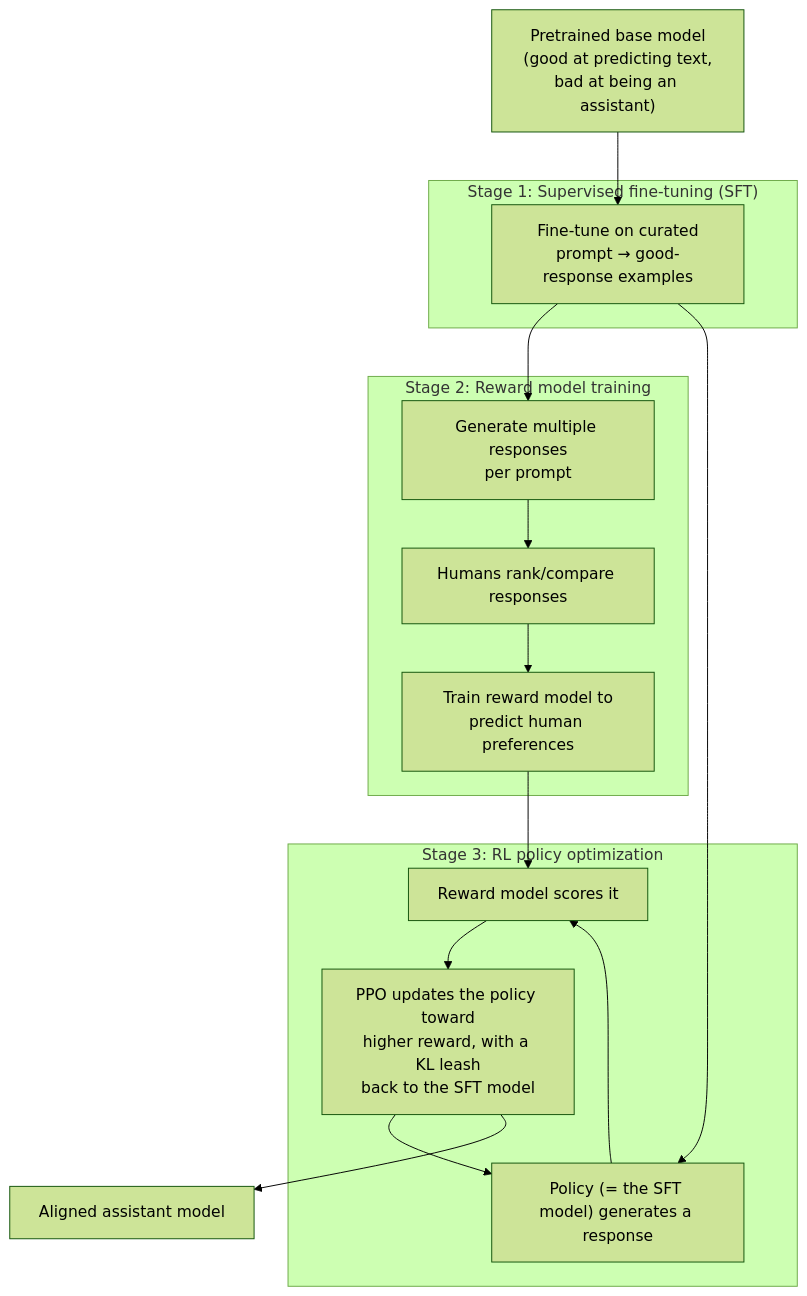
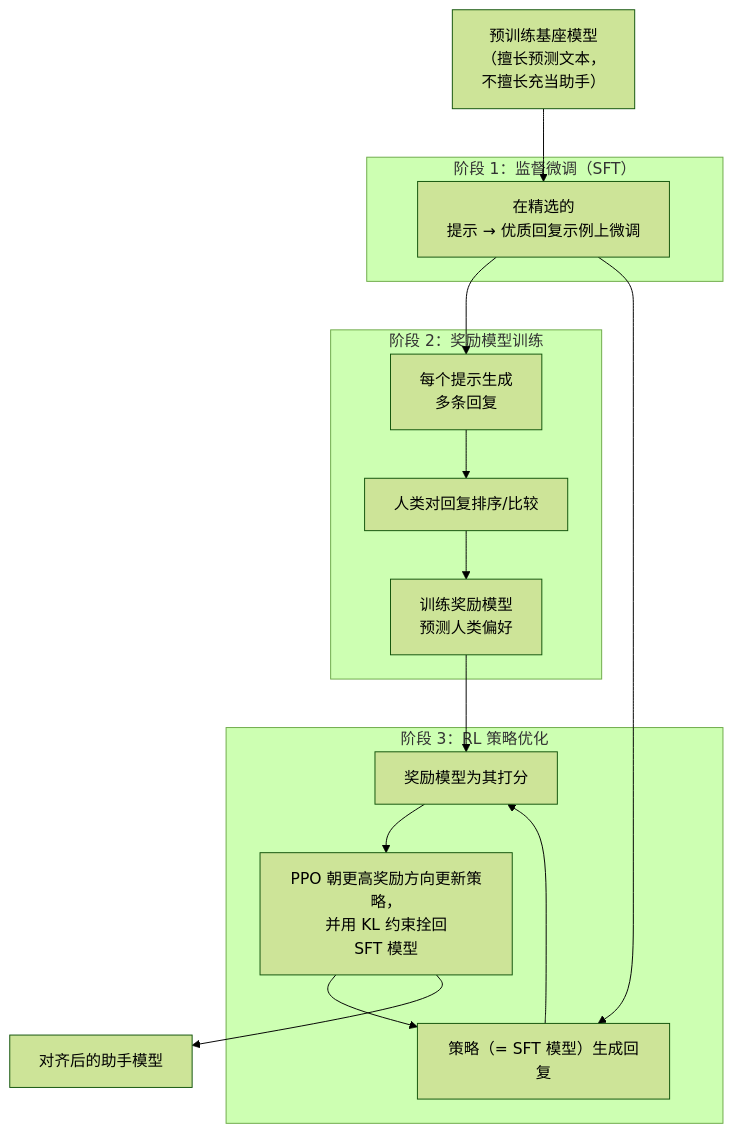
Before and after one commit to FrankHuang94/ML_AI_Algorithm_Calude_Sonet_5: the diagram in 11 Chinese translation/docs/05-training-methodology/rlhf-and-alignment.md, drawn with Mermaid (forest theme). The commit also changed other lines of this file and 25 other files, not shown here.

````diff
--- a/11 Chinese translation/docs/05-training-methodology/rlhf-and-alignment.md
+++ b/11 Chinese translation/docs/05-training-methodology/rlhf-and-alignment.md
@@ -13,20 +13,20 @@
 ```mermaid
 flowchart TD
-    PT["Pretrained base model<br/>(good at predicting text,<br/>bad at being an assistant)"] --> SFT
-    subgraph S1["Stage 1: Supervised fine-tuning (SFT)"]
-    SFT["Fine-tune on curated<br/>prompt → good-response examples"]
+    PT["预训练基座模型<br/>（擅长预测文本，<br/>不擅长充当助手）"] --> SFT
+    subgraph S1["阶段 1：监督微调（SFT）"]
+    SFT["在精选的<br/>提示 → 优质回复示例上微调"]
     end
-    SFT --> RMGEN["Generate multiple responses<br/>per prompt"]
-    subgraph S2["Stage 2: Reward model training"]
-    RMGEN --> HUM["Humans rank/compare responses"]
-    HUM --> RM["Train reward model to<br/>predict human preferences"]
+    SFT --> RMGEN["每个提示生成<br/>多条回复"]
+    subgraph S2["阶段 2：奖励模型训练"]
+    RMGEN --> HUM["人类对回复排序/比较"]
+    HUM --> RM["训练奖励模型<br/>预测人类偏好"]
     end
-    subgraph S3["Stage 3: RL policy optimization"]
-    POL["Policy (= the SFT model) generates a response"] --> SCORE["Reward model scores it"]
-    SCORE --> UPD["PPO updates the policy toward<br/>higher reward, with a KL leash<br/>back to the SFT model"]
+    subgraph S3["阶段 3：RL 策略优化"]
+    POL["策略（= SFT 模型）生成回复"] --> SCORE["奖励模型为其打分"]
+    SCORE --> UPD["PPO 朝更高奖励方向更新策略，<br/>并用 KL 约束拴回<br/>SFT 模型"]
     UPD --> POL
     end
     RM --> SCORE
     SFT --> POL
-    UPD --> FINAL["Aligned assistant model"]
+    UPD --> FINAL["对齐后的助手模型"]
 ```
````
